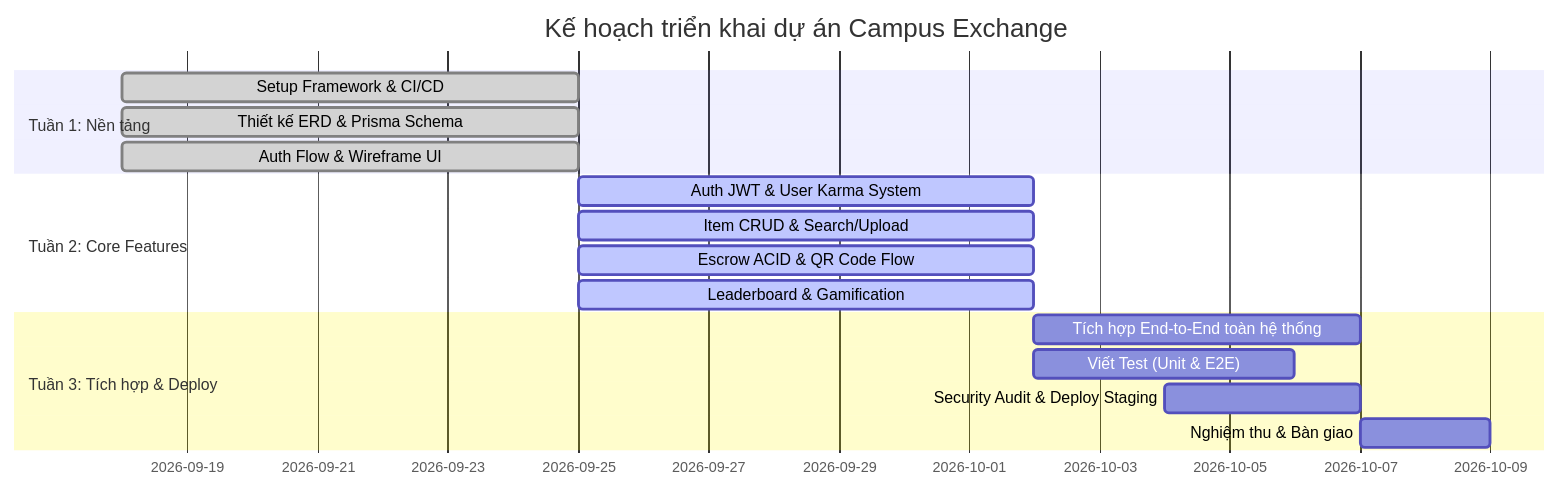
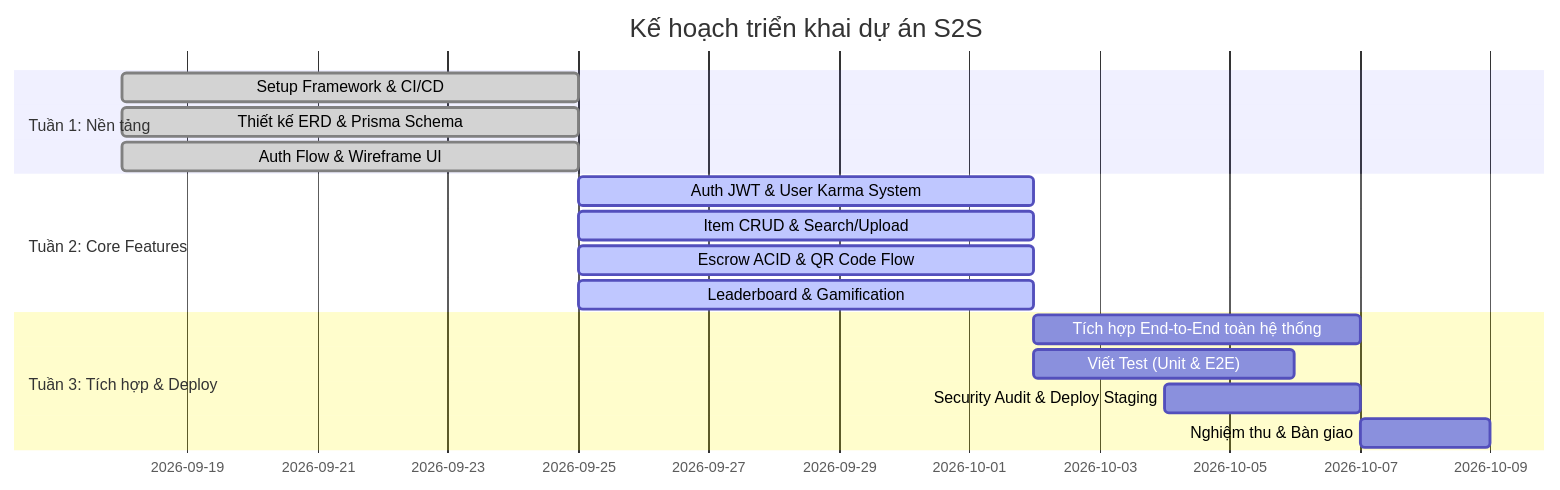
Before and after one commit to ZhangJiaHui2005/S2S_project: the second of 2 diagrams in README.md, drawn with Mermaid. The commit also changed other lines of this file and 52 other files, not shown here.

Commit message:
feat(auth): add user and admin authentication flows

````diff
--- a/README.md
+++ b/README.md
@@ -334,19 +334,19 @@
 ```mermaid
 gantt
-    title Kế hoạch triển khai dự án Campus Exchange
+    title Kế hoạch triển khai dự án S2S
     dateFormat  YYYY-MM-DD
     section Tuần 1: Nền tảng
     Setup Framework & CI/CD          :done, w1_1, 2026-09-18, 7d
     Thiết kế ERD & Prisma Schema     :done, w1_2, 2026-09-18, 7d
     Auth Flow & Wireframe UI         :done, w1_3, 2026-09-18, 7d
     section Tuần 2: Core Features
     Auth JWT & User Karma System     :active, w2_1, 2026-09-25, 7d
     Item CRUD & Search/Upload        :active, w2_2, 2026-09-25, 7d
     Escrow ACID & QR Code Flow       :active, w2_3, 2026-09-25, 7d
     Leaderboard & Gamification       :active, w2_4, 2026-09-25, 7d
     section Tuần 3: Tích hợp & Deploy
     Tích hợp End-to-End toàn hệ thống :w3_1, 2026-10-02, 5d
     Viết Test (Unit & E2E)           :w3_2, 2026-10-02, 4d
     Security Audit & Deploy Staging  :w3_3, 2026-10-04, 3d
     Nghiệm thu & Bàn giao            :w3_4, 2026-10-07, 2d
 ```
````
